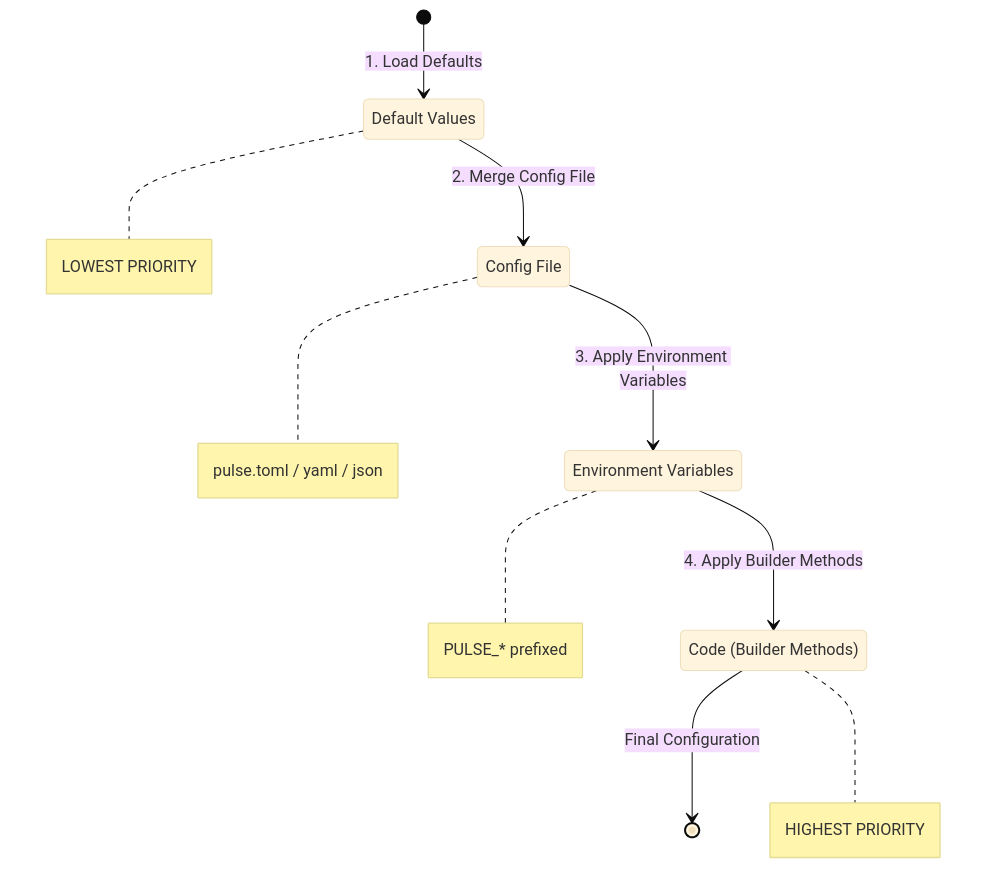
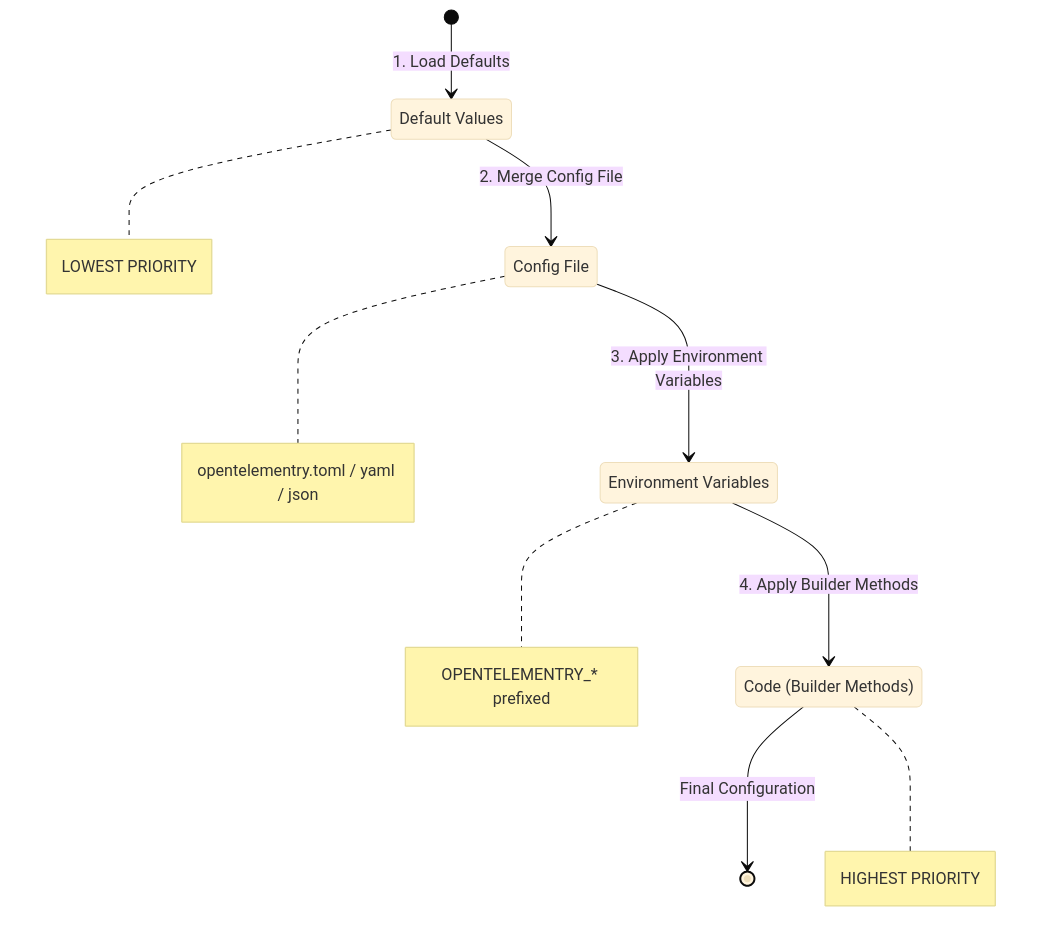
Before and after one commit to the-protobuf-project/opentelementry: the first of 3 diagrams in docs/configuration.md, drawn with Mermaid (base theme). The commit also changed other lines of this file and 426 other files, not shown here.

````diff
--- a/docs/configuration.md
+++ b/docs/configuration.md
@@ -93,22 +93,22 @@
 ```mermaid
 stateDiagram-v2
     direction TB
 
     [*] --> Defaults: 1. Load Defaults
     Defaults --> ConfigFile: 2. Merge Config File
     ConfigFile --> EnvVars: 3. Apply Environment Variables
     EnvVars --> BuilderMethods: 4. Apply Builder Methods
     BuilderMethods --> [*]: Final Configuration
 
     Defaults: Default Values
     note right of Defaults: LOWEST PRIORITY
 
     ConfigFile: Config File
-    note right of ConfigFile: pulse.toml / yaml / json
+    note right of ConfigFile: opentelementry.toml / yaml / json
 
     EnvVars: Environment Variables
-    note right of EnvVars: PULSE_* prefixed
+    note right of EnvVars: OPENTELEMENTRY_* prefixed
 
     BuilderMethods: Code (Builder Methods)
     note right of BuilderMethods: HIGHEST PRIORITY
 ```
````
